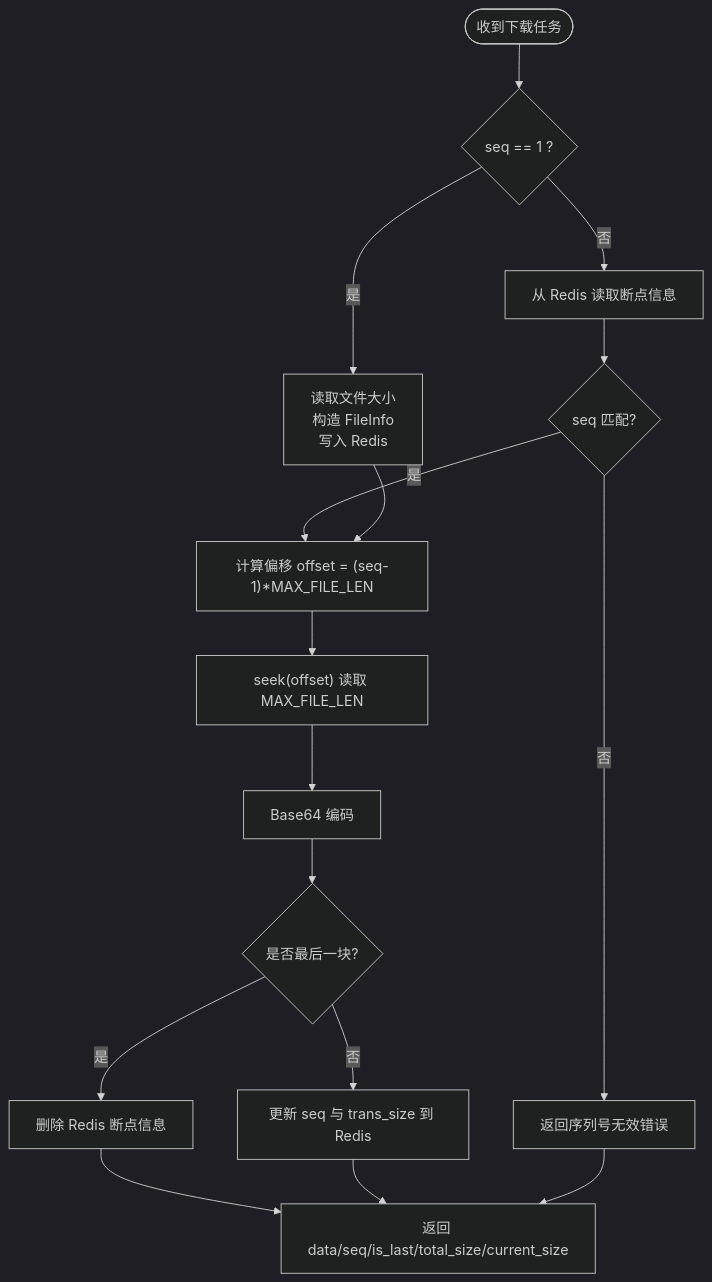
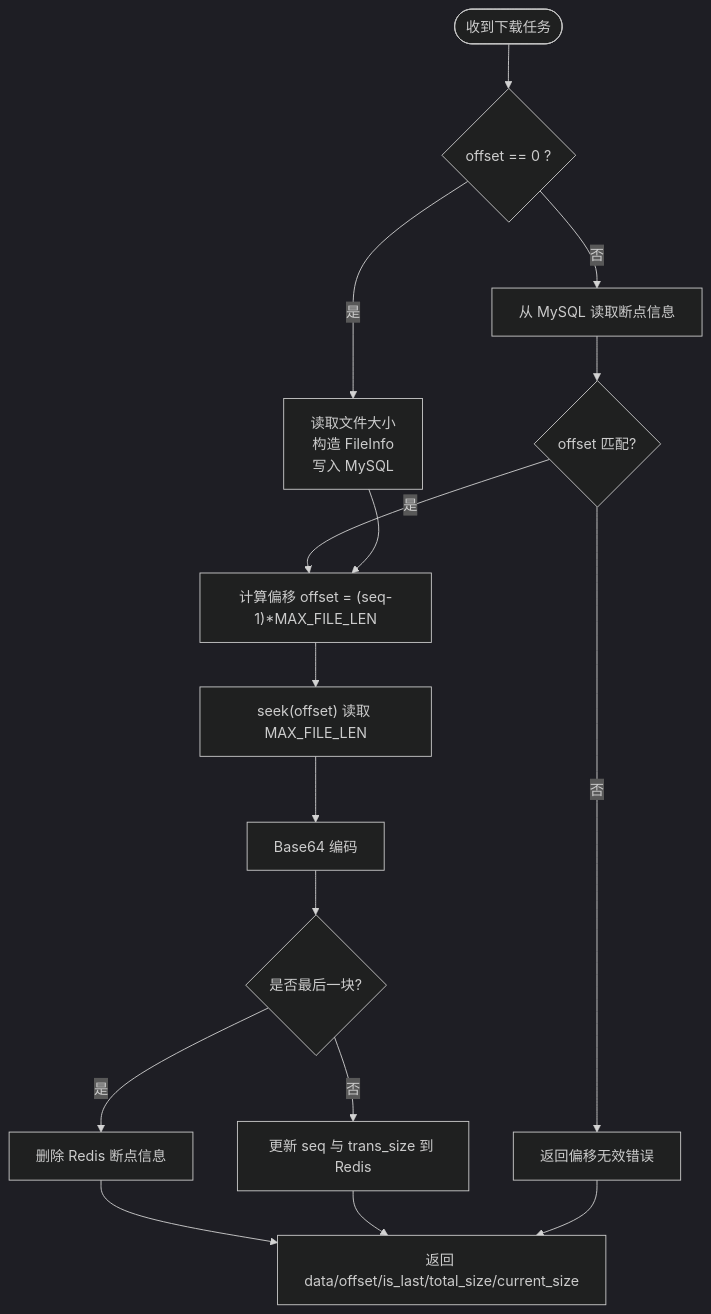
Before and after one commit to echo9923/mychatter: the fifth of 8 diagrams in .qoder/repowiki/zh/content/核心功能模块/文件传输系统/文件传输系统.md, drawn with Mermaid (dark theme). The commit also changed other lines of this file and 132 other files, not shown here.

````diff
--- a/.qoder/repowiki/zh/content/核心功能模块/文件传输系统/文件传输系统.md
+++ b/.qoder/repowiki/zh/content/核心功能模块/文件传输系统/文件传输系统.md
@@ -244,18 +259,18 @@
 ```mermaid
 flowchart TD
-Start(["收到下载任务"]) --> CheckSeq{"seq == 1 ?"}
-CheckSeq --> |是| InitInfo["读取文件大小<br/>构造 FileInfo<br/>写入 Redis"]
-CheckSeq --> |否| LoadInfo["从 Redis 读取断点信息"]
-LoadInfo --> ValidateSeq{"seq 匹配?"}
-ValidateSeq --> |否| ErrSeq["返回序列号无效错误"]
-ValidateSeq --> |是| CalcOffset["计算偏移 offset = (seq-1)*MAX_FILE_LEN"]
+Start(["收到下载任务"]) --> CheckSeq{"offset == 0 ?"}
+CheckSeq --> |是| InitInfo["读取文件大小<br/>构造 FileInfo<br/>写入 MySQL"]
+CheckSeq --> |否| LoadInfo["从 MySQL 读取断点信息"]
+LoadInfo --> ValidateOffset{"offset 匹配?"}
+ValidateOffset --> |否| ErrOffset["返回偏移无效错误"]
+ValidateOffset --> |是| CalcOffset["计算偏移 offset = (seq-1)*MAX_FILE_LEN"]
 InitInfo --> CalcOffset
 CalcOffset --> ReadFile["seek(offset) 读取 MAX_FILE_LEN"]
 ReadFile --> Encode["Base64 编码"]
 Encode --> IsLast{"是否最后一块?"}
 IsLast --> |是| CleanRedis["删除 Redis 断点信息"]
 IsLast --> |否| UpdateRedis["更新 seq 与 trans_size 到 Redis"]
-CleanRedis --> Return["返回 data/seq/is_last/total_size/current_size"]
+CleanRedis --> Return["返回 data/offset/is_last/total_size/current_size"]
 UpdateRedis --> Return
-ErrSeq --> Return
+ErrOffset --> Return
 ```
````
